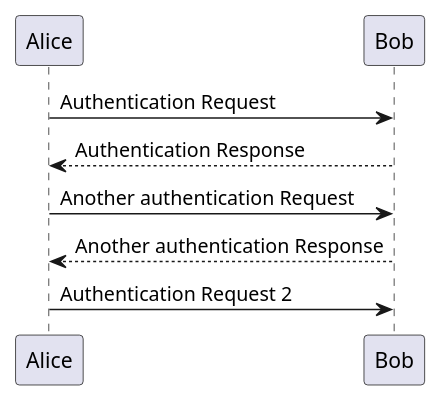
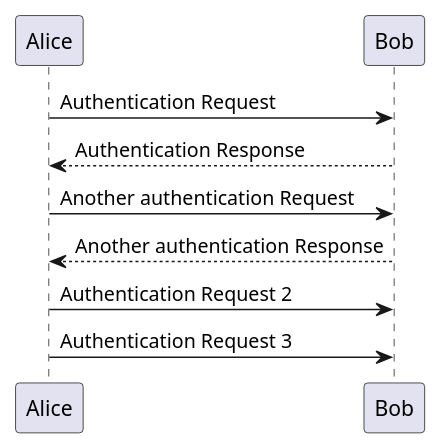
One commit to rynkovskii/instead_of_a_hundred_test_cases changed the diagram in docs/diagrams/test_plantuml.puml. Above: the diagram before and after it, drawn with PlantUML.

```diff
--- a/docs/diagrams/test_plantuml.puml
+++ b/docs/diagrams/test_plantuml.puml
@@ -1,11 +1,13 @@
 @startuml
 
 Alice -> Bob: Authentication Request
 Bob --> Alice: Authentication Response
 
 Alice -> Bob: Another authentication Request
 Alice <-- Bob: Another authentication Response
 
 Alice -> Bob: Authentication Request 2
 
+Alice -> Bob: Authentication Request 3
+
 @enduml
```
